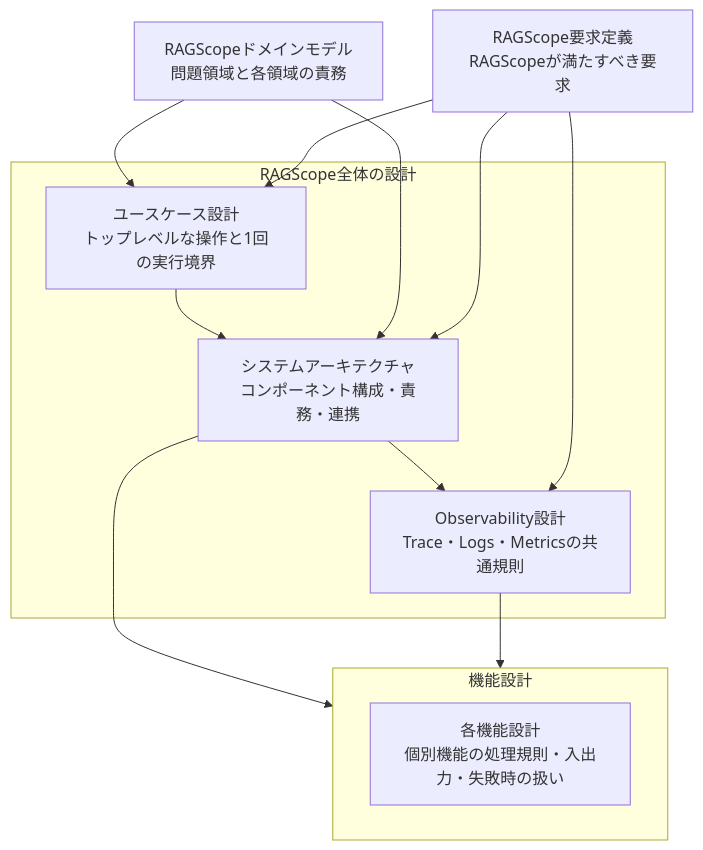
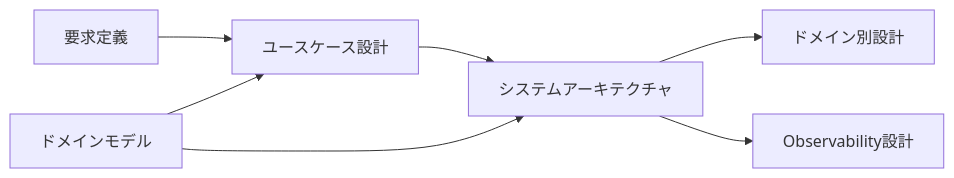
One commit to takashit16833/RAGScope changed the diagram in project-docs/design/README.md. Above: the diagram before and after it, drawn with Mermaid. The commit also changed other lines of this file and 64 other files, not shown here.

````diff
--- a/project-docs/design/README.md
+++ b/project-docs/design/README.md
@@ -20,26 +7,16 @@
 ```mermaid
-flowchart TD
-    Domain["RAGScopeドメインモデル<br>問題領域と各領域の責務"]
-    Requirements["RAGScope要求定義<br>RAGScopeが満たすべき要求"]
+flowchart LR
+    Requirements["要求定義"]
+    Domain["ドメインモデル"]
+    UseCase["ユースケース設計"]
+    Architecture["システムアーキテクチャ"]
+    DomainDesign["ドメイン別設計"]
+    Observability["Observability設計"]
 
-    subgraph Core["RAGScope全体の設計"]
-        UseCase["ユースケース設計<br>トップレベルな操作と1回の実行境界"]
-        Architecture["システムアーキテクチャ<br>コンポーネント構成・責務・連携"]
-        Observability["Observability設計<br>Trace・Logs・Metricsの共通規則"]
-        UseCase --> Architecture
-        Architecture --> Observability
-    end
-
-    subgraph Features["機能設計"]
-        FeatureDesigns["各機能設計<br>個別機能の処理規則・入出力・失敗時の扱い"]
-    end
-
+    Requirements --> UseCase
     Domain --> UseCase
-    Requirements --> UseCase
+    UseCase --> Architecture
     Domain --> Architecture
-    Requirements --> Architecture
-    Requirements --> Observability
-
-    Architecture --> Features
-    Observability --> Features
+    Architecture --> DomainDesign
+    Architecture --> Observability
 ```
````
